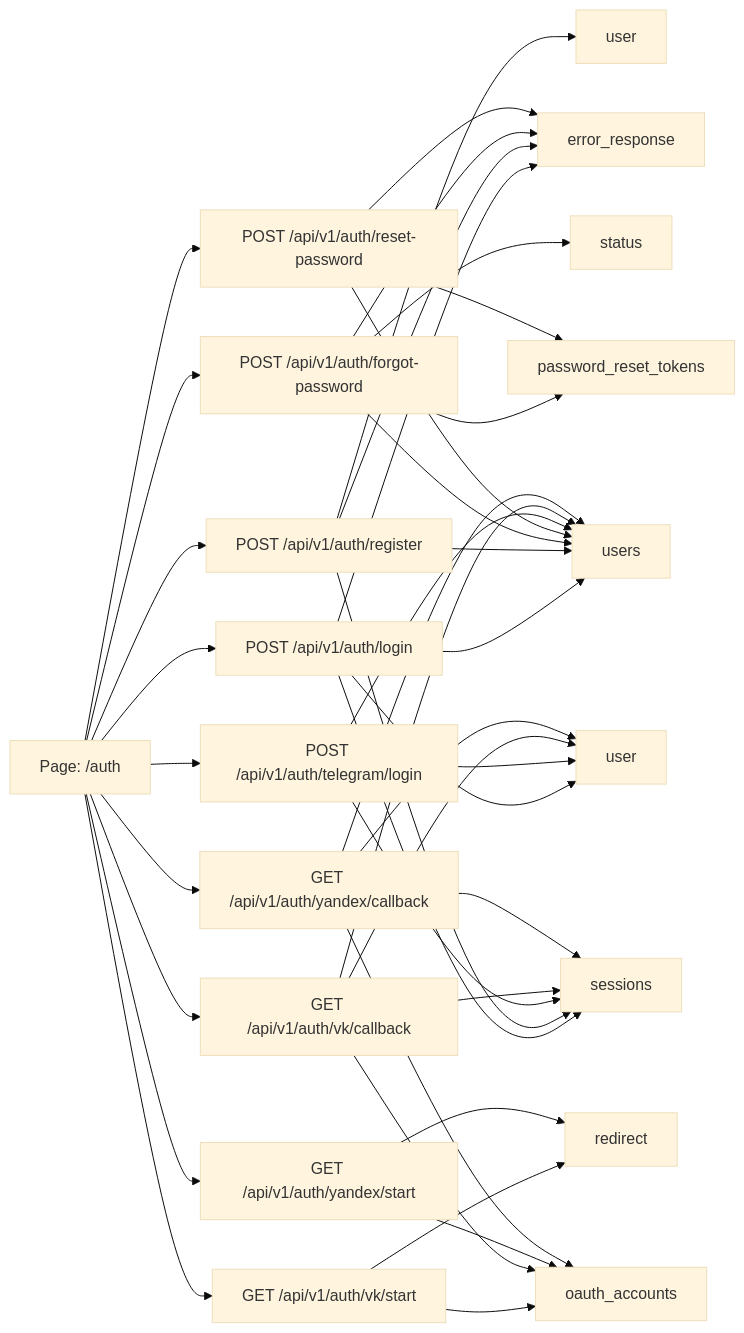
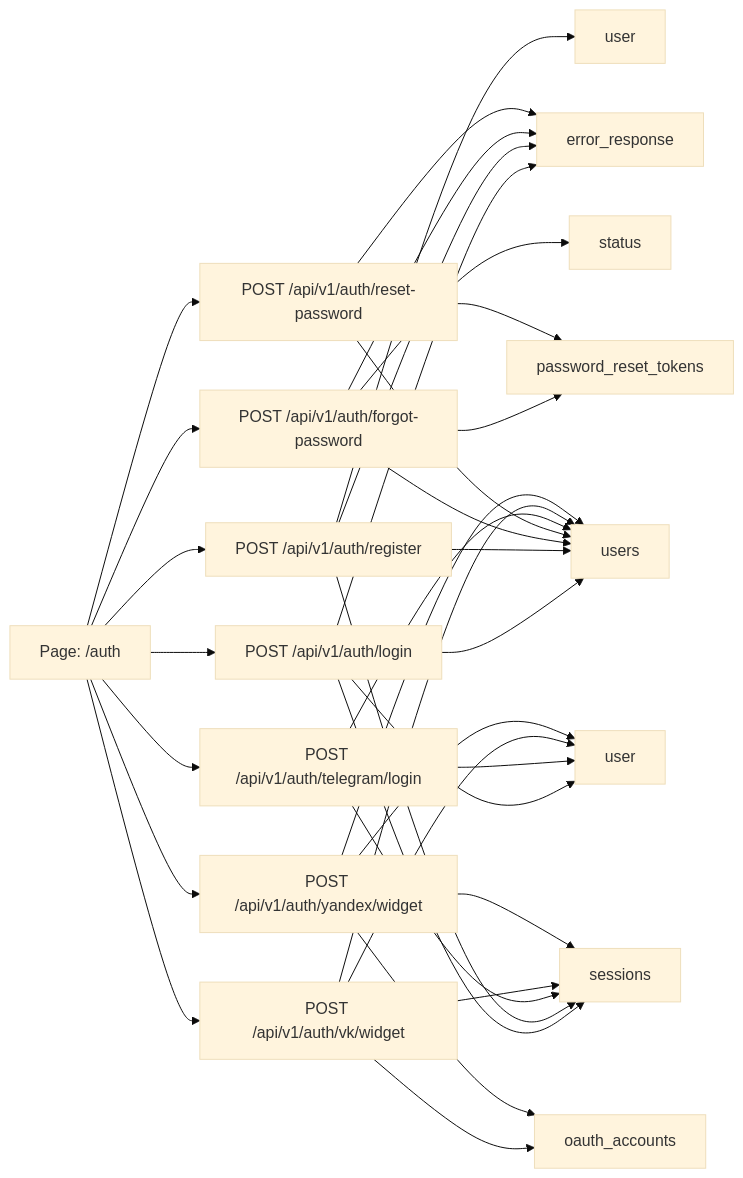
Before and after one commit to art-crazy/kartochki-online-backend: the first of 2 diagrams in docs/contracts-mermaid/auth.md, drawn with Mermaid (base theme). The commit also changed 25 other files, not shown here.

Commit message:
Switch social auth to widget OAuth

````diff
--- a/docs/contracts-mermaid/auth.md
+++ b/docs/contracts-mermaid/auth.md
@@ -3,50 +3,44 @@
 ```mermaid
 flowchart LR
     P["Page: /auth"] --> A1["POST /api/v1/auth/login"]
     P --> A2["POST /api/v1/auth/register"]
     P --> A3["POST /api/v1/auth/forgot-password"]
     P --> A4["POST /api/v1/auth/reset-password"]
     P --> A5["POST /api/v1/auth/telegram/login"]
-    P --> A6["GET /api/v1/auth/vk/start"]
-    P --> A7["GET /api/v1/auth/vk/callback"]
-    P --> A8["GET /api/v1/auth/yandex/start"]
-    P --> A9["GET /api/v1/auth/yandex/callback"]
+    P --> A6["POST /api/v1/auth/vk/widget"]
+    P --> A7["POST /api/v1/auth/yandex/widget"]
 
     A1 --> D1["user"]
     A2 --> D2["user"]
     A3 --> D3["status"]
     A1 --> D4["error_response"]
     A2 --> D4
     A3 --> D4
     A4 --> D4
     A5 --> D1
-    A6 --> D5["redirect"]
+    A6 --> D1
     A7 --> D1
-    A8 --> D5
-    A9 --> D1
 
     A1 --> T1["users"]
     A1 --> T2["sessions"]
 
     A2 --> T1
     A2 --> T2
 
     A3 --> T1
     A3 --> T3["password_reset_tokens"]
 
     A4 --> T1
     A4 --> T3
 
     A5 --> T1
     A5 --> T2
 
     A6 --> T4["oauth_accounts"]
+    A6 --> T1
+    A6 --> T2
+
     A7 --> T1
     A7 --> T2
     A7 --> T4
-
-    A8 --> T4
-    A9 --> T1
-    A9 --> T2
-    A9 --> T4
 ```
````
